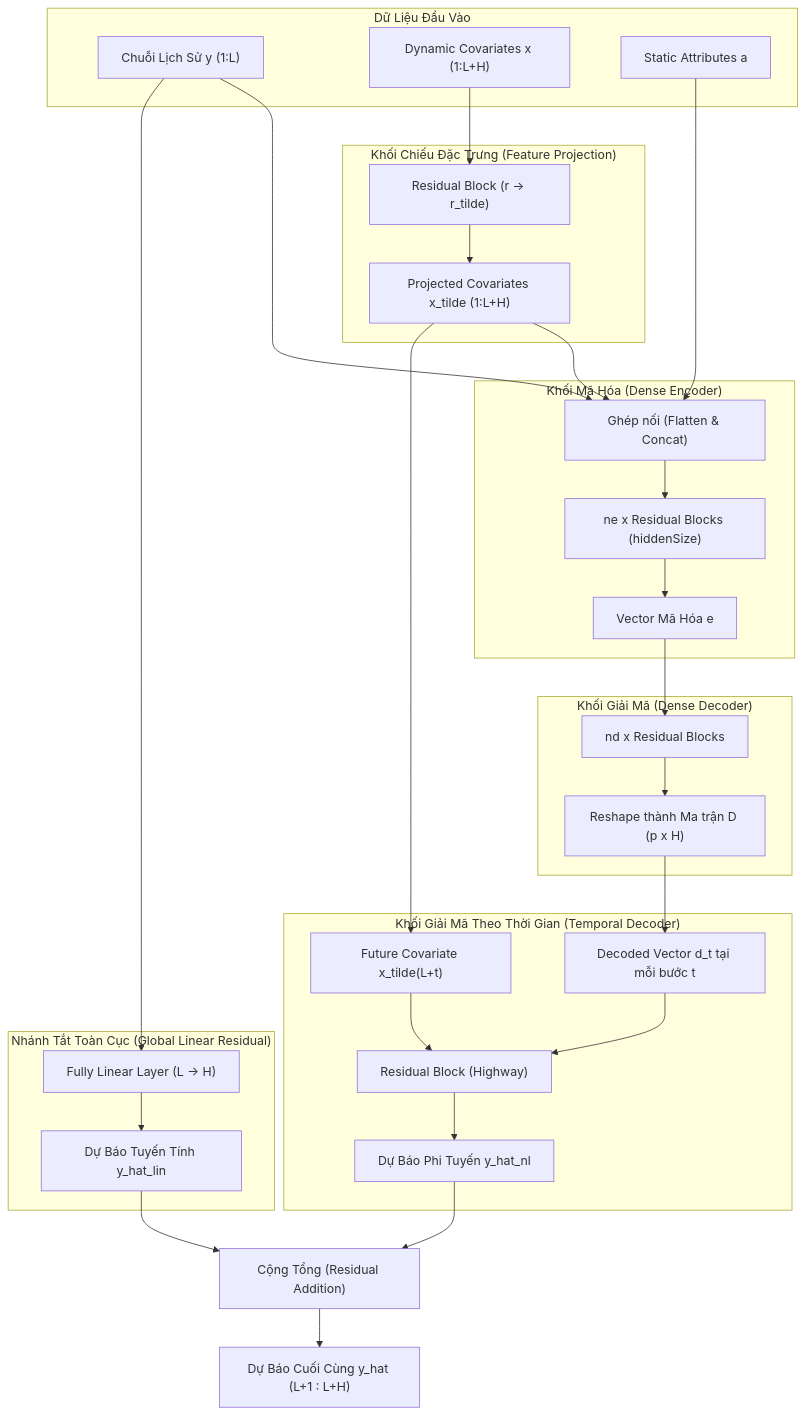
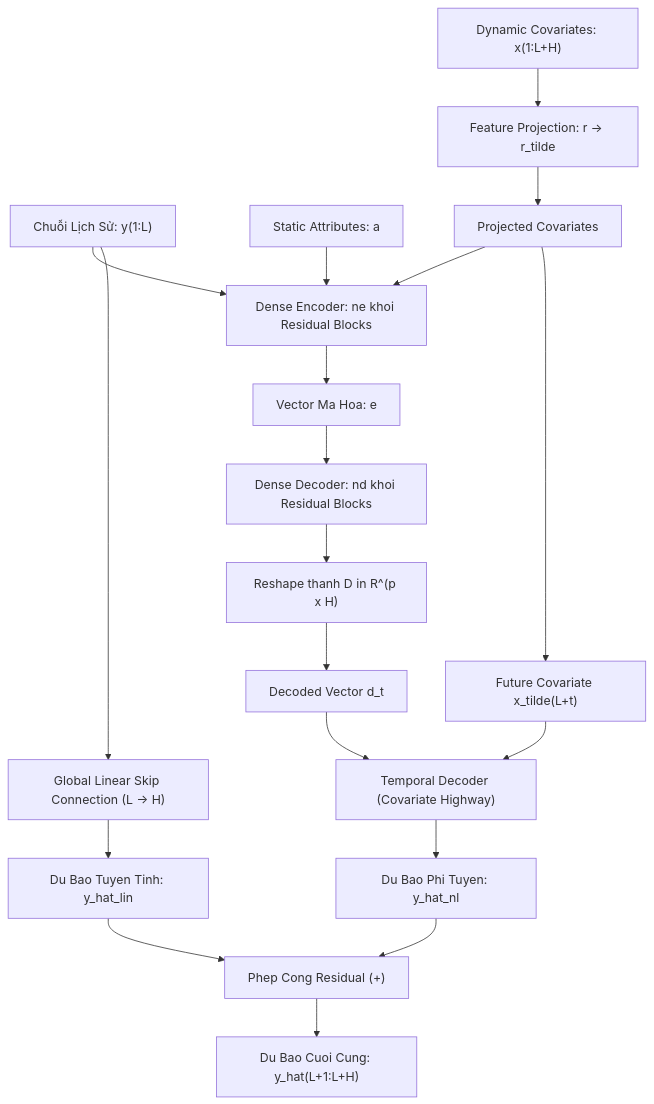
Before and after one commit to snowflake-vibing/Project-Experimental-TiDE: the diagram in doc/00_tong_quan_tai_lieu.md, drawn with Mermaid. The commit also changed other lines of this file and 4 other files, not shown here.

Commit message:
fix(docs): format equations and Mermaid in ch3 & ch4, add Feynman glossary for dynamic covariates

````diff
--- a/doc/00_tong_quan_tai_lieu.md
+++ b/doc/00_tong_quan_tai_lieu.md
@@ -45,39 +51,37 @@
 ```mermaid
 flowchart TD
-    subgraph Inputs["Dữ Liệu Đầu Vào"]
-        Y["Chuỗi Lịch Sử y (1:L)"]
-        X["Dynamic Covariates x (1:L+H)"]
-        A["Static Attributes a"]
-    end
+    Y["Chuỗi Lịch Sử: y(1:L)"]
+    X["Dynamic Covariates: x(1:L+H)"]
+    A["Static Attributes: a"]
 
-    subgraph FeatureProj["Khối Chiếu Đặc Trưng (Feature Projection)"]
-        X --> FP["Residual Block (r -> r_tilde)"]
-        FP --> X_proj["Projected Covariates x_tilde (1:L+H)"]
-    end
+    FP["Feature Projection: r -> r_tilde"]
+    X --> FP
+    FP --> X_proj["Projected Covariates"]
 
-    subgraph Encoder["Khối Mã Hóa (Dense Encoder)"]
-        Y & X_proj & A --> Concat1["Ghép nối (Flatten & Concat)"]
-        Concat1 --> EncBlocks["ne x Residual Blocks (hiddenSize)"]
-        EncBlocks --> Latent["Vector Mã Hóa e"]
-    end
+    Enc["Dense Encoder: ne khoi Residual Blocks"]
+    Y --> Enc
+    X_proj --> Enc
+    A --> Enc
+    Enc --> Latent["Vector Ma Hoa: e"]
 
-    subgraph Decoder["Khối Giải Mã (Dense Decoder)"]
-        Latent --> DecBlocks["nd x Residual Blocks"]
-        DecBlocks --> Reshape["Reshape thành Ma trận D (p x H)"]
-    end
+    Dec["Dense Decoder: nd khoi Residual Blocks"]
+    Latent --> Dec
+    Dec --> Reshape["Reshape thanh D in R^(p x H)"]
 
-    subgraph TemporalDec["Khối Giải Mã Theo Thời Gian (Temporal Decoder)"]
-        Reshape --> D_t["Decoded Vector d_t tại mỗi bước t"]
-        X_proj --> X_fut["Future Covariate x_tilde(L+t)"]
-        D_t & X_fut --> TempDecBlock["Residual Block (Highway)"]
-        TempDecBlock --> Out_Nonlinear["Dự Báo Phi Tuyến y_hat_nl"]
-    end
+    Reshape --> D_t["Decoded Vector d_t"]
+    X_proj --> X_fut["Future Covariate x_tilde(L+t)"]
 
-    subgraph GlobalSkip["Nhánh Tắt Toàn Cục (Global Linear Residual)"]
-        Y --> LinearSkip["Fully Linear Layer (L -> H)"]
-        LinearSkip --> Out_Linear["Dự Báo Tuyến Tính y_hat_lin"]
-    end
+    TempDec["Temporal Decoder (Covariate Highway)"]
+    D_t --> TempDec
+    X_fut --> TempDec
+    TempDec --> Out_NL["Du Bao Phi Tuyen: y_hat_nl"]
 
-    Out_Nonlinear & Out_Linear --> Sum["Cộng Tổng (Residual Addition)"]
-    Sum --> FinalOutput["Dự Báo Cuối Cùng y_hat (L+1 : L+H)"]
+    LinSkip["Global Linear Skip Connection (L -> H)"]
+    Y --> LinSkip
+    LinSkip --> Out_Lin["Du Bao Tuyen Tinh: y_hat_lin"]
+
+    Sum["Phep Cong Residual (+)"]
+    Out_NL --> Sum
+    Out_Lin --> Sum
+    Sum --> Final["Du Bao Cuoi Cung: y_hat(L+1:L+H)"]
 ```
````
